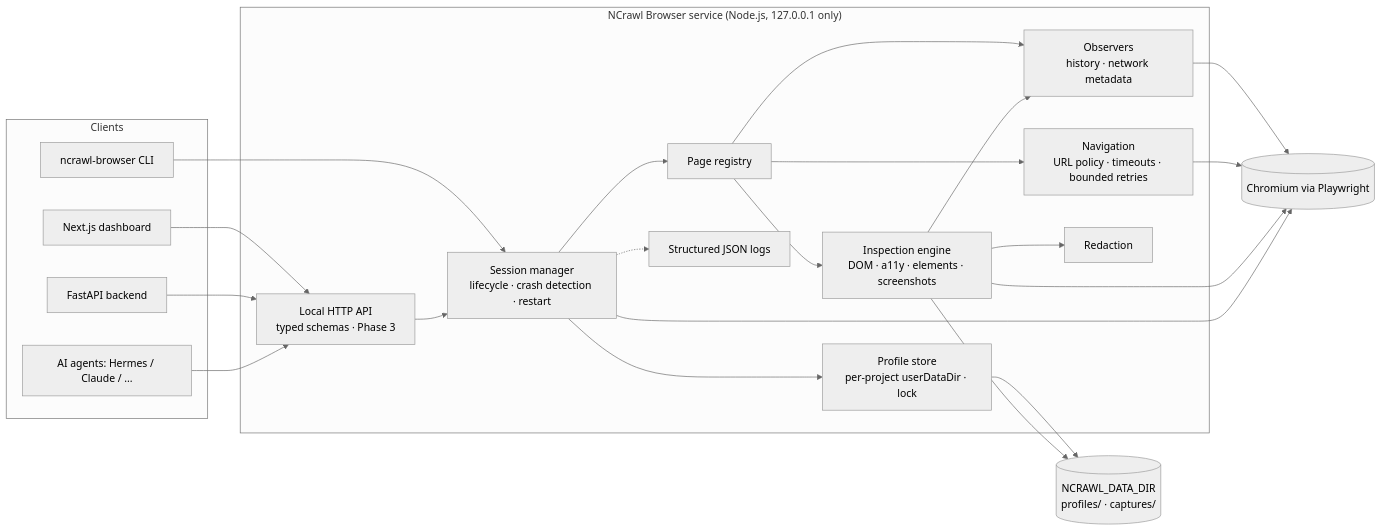
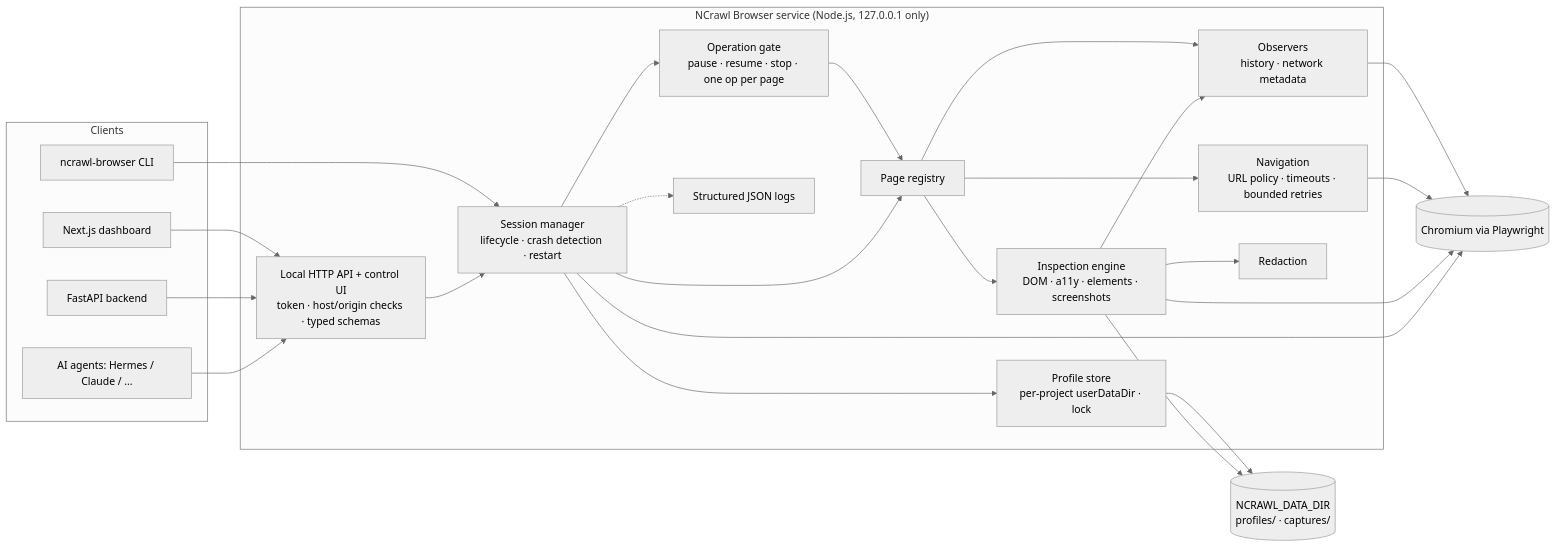
Before and after one commit to fahimmuntacher/ncrawl-browser: the diagram in docs/architecture.md, drawn with Mermaid (neutral theme). The commit also changed other lines of this file and 22 other files, not shown here.

First line of the commit message:
Add local HTTP API, control UI and pause/resume/stop (Phase 3)

````diff
--- a/docs/architecture.md
+++ b/docs/architecture.md
@@ -3,44 +3,47 @@
 ```mermaid
 flowchart LR
   subgraph Clients
     DASH[Next.js dashboard]
     API[FastAPI backend]
     AGENT[AI agents: Hermes / Claude / ...]
     CLI[ncrawl-browser CLI]
   end
 
   subgraph NB["NCrawl Browser service (Node.js, 127.0.0.1 only)"]
-    HTTP[Local HTTP API<br/>typed schemas · Phase 3]
+    HTTP[Local HTTP API + control UI<br/>token · host/origin checks · typed schemas]
+    GATE[Operation gate<br/>pause · resume · stop · one op per page]
     SM[Session manager<br/>lifecycle · crash detection · restart]
     PS[Profile store<br/>per-project userDataDir · lock]
     PR[Page registry]
     NAV[Navigation<br/>URL policy · timeouts · bounded retries]
     INS[Inspection engine<br/>DOM · a11y · elements · screenshots]
     OBS[Observers<br/>history · network metadata]
     RED[Redaction]
     LOG[Structured JSON logs]
   end
 
   CHR[(Chromium via Playwright)]
   FS[(NCRAWL_DATA_DIR<br/>profiles/ · captures/)]
 
   DASH --> HTTP
   API --> HTTP
   AGENT --> HTTP
   CLI --> SM
   HTTP --> SM
+  SM --> GATE
+  GATE --> PR
   SM --> PS
   SM --> PR
   PR --> NAV
   PR --> INS
   PR --> OBS
   OBS --> CHR
   INS --> OBS
   INS --> RED
   NAV --> CHR
   INS --> CHR
   SM --> CHR
   PS --> FS
   INS --> FS
   SM -.-> LOG
 ```
````
